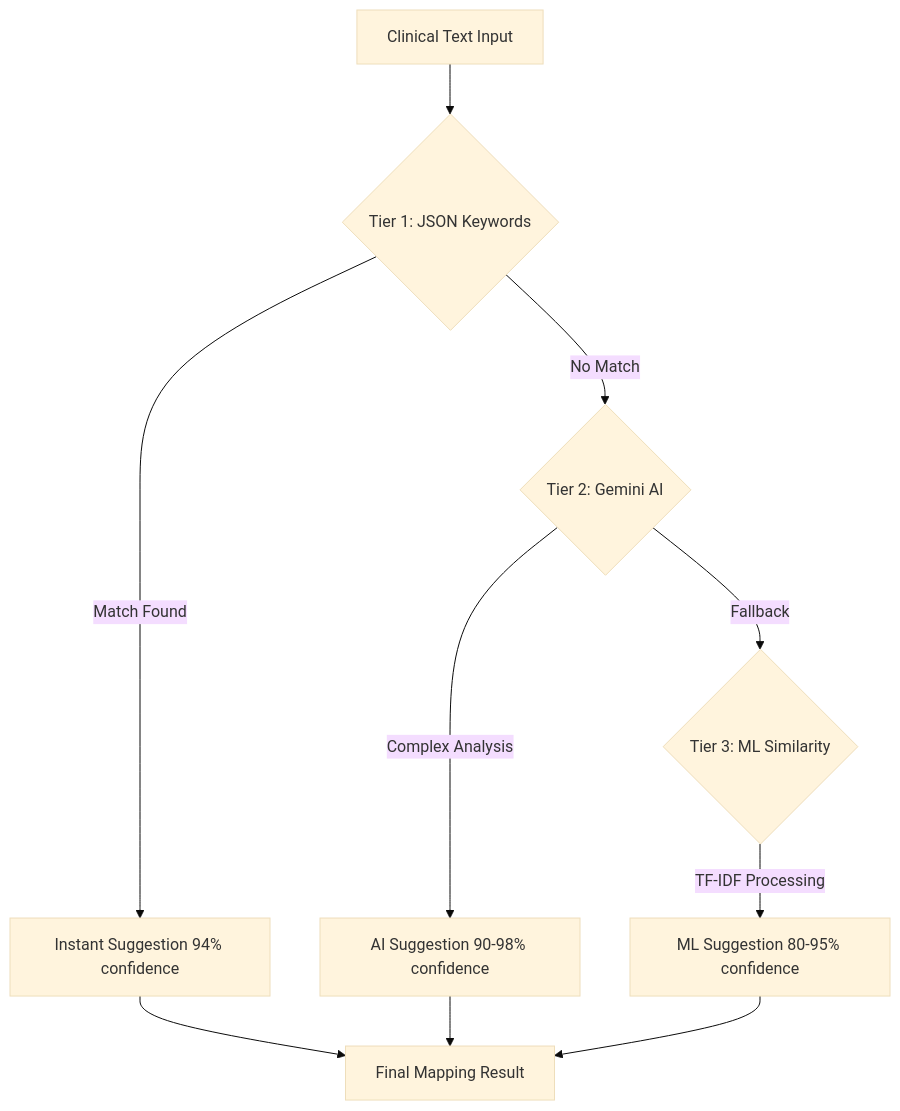
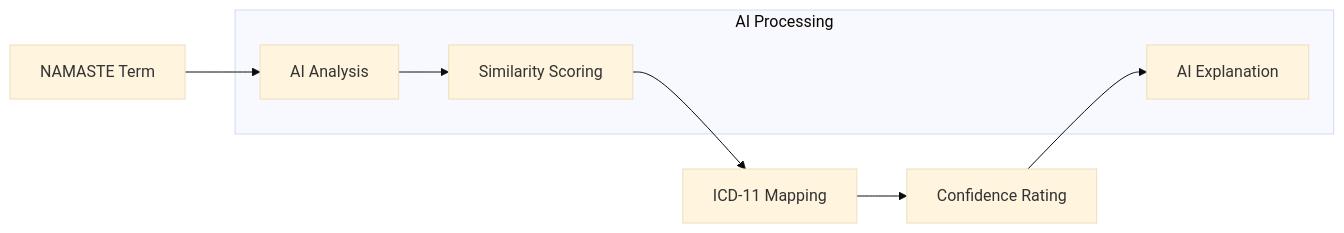
The fourth of 5 diagrams in README.md (Dhruv9068/Namaste-Ayurveda), drawn with Mermaid (base theme) before and after one commit. The commit also changed other lines of this file and 6 other files, not shown here.

````diff
--- a/README.md
+++ b/README.md
@@ -186,13 +148,14 @@
 ```mermaid
-graph TB
-    A[Clinical Text Input] --> B{Tier 1: JSON Keywords}
-    B -->|Match Found| C[Instant Suggestion 94% confidence]
-    B -->|No Match| D{Tier 2: Gemini AI}
-    D -->|Complex Analysis| E[AI Suggestion 90-98% confidence]
-    D -->|Fallback| F{Tier 3: ML Similarity}
-    F -->|TF-IDF Processing| G[ML Suggestion 80-95% confidence]
+graph LR
+    A[NAMASTE Term] --> B[AI Analysis]
+    B --> C[Similarity Scoring]
+    C --> D[ICD-11 Mapping]
+    D --> E[Confidence Rating]
+    E --> F[AI Explanation]
     
-    C --> H[Final Mapping Result]
-    E --> H
-    G --> H
+    subgraph "AI Processing"
+        B
+        C
+        F
+    end
 ```
````
